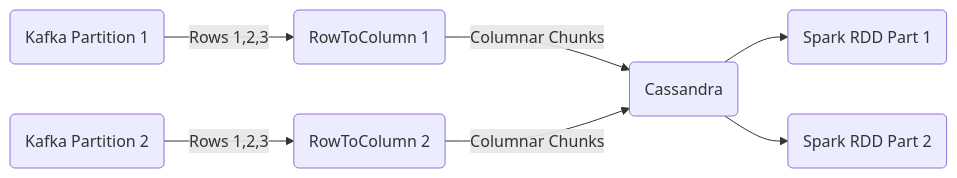
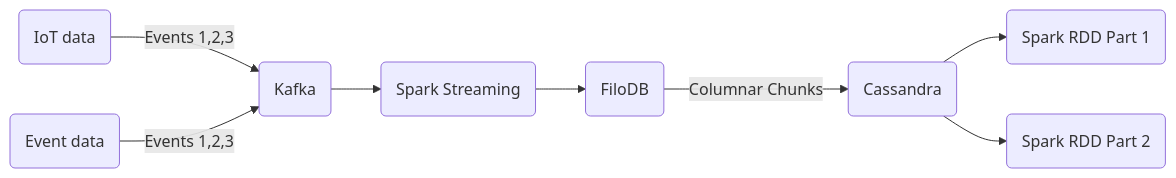
The diagram in 2015-breakthrough-olap-cass-spark/kafka-cass-columnar.mermaid (velvia/presentations), drawn with Mermaid before and after one commit. The commit also changed 4 other files, not shown here.

```diff
--- a/2015-breakthrough-olap-cass-spark/kafka-cass-columnar.mermaid
+++ b/2015-breakthrough-olap-cass-spark/kafka-cass-columnar.mermaid
@@ -1,12 +1,12 @@
 graph LR;
-k1(Kafka Partition 1);
-k2(Kafka Partition 2);
-conv1(RowToColumn 1);
-conv2(RowToColumn 2);
+E1(IoT data);
+E2(Event data);
+k1(Kafka);
 c1(Cassandra);
-k1-- Rows 1,2,3 -->conv1;
-k2-- Rows 1,2,3 -->conv2;
-conv1-- Columnar Chunks -->c1;
-conv2-- Columnar Chunks -->c1;
+E1-- Events 1,2,3 -->k1;
+E2-- Events 1,2,3 -->k1;
+k1 --> S(Spark Streaming);
+S --> F(FiloDB);
+F-- Columnar Chunks -->c1;
 c1 -->s1(Spark RDD Part 1);
 c1 -->s2(Spark RDD Part 2);
```
